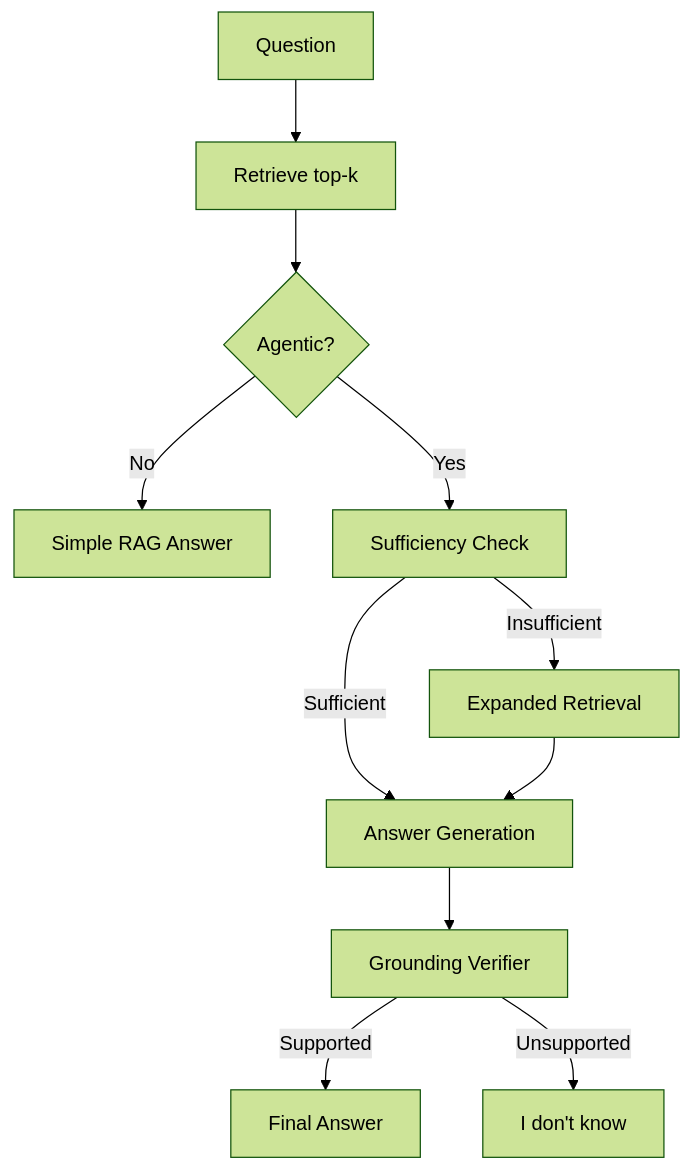
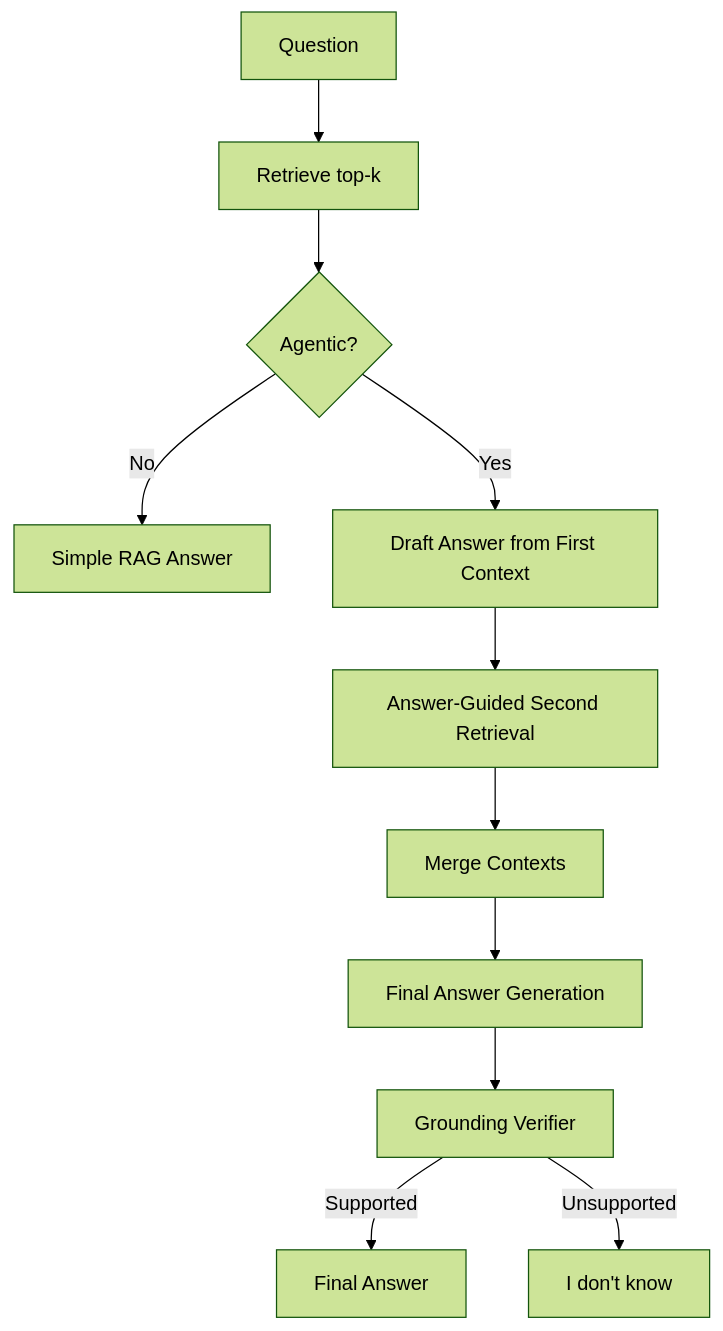
The first of 2 diagrams in FLOWCHARTS.md (dsquarre/uptiq), drawn with Mermaid (forest theme) before and after one commit. The commit also changed other lines of this file and 19 other files, not shown here.

````diff
--- a/FLOWCHARTS.md
+++ b/FLOWCHARTS.md
@@ -5,13 +5,13 @@
 ```mermaid
 flowchart TD
     A[Question] --> B[Retrieve top-k]
     B --> C{Agentic?}
     C -->|No| D[Simple RAG Answer]
-    C -->|Yes| E[Sufficiency Check]
-    E -->|Sufficient| F[Answer Generation]
-    E -->|Insufficient| G[Expanded Retrieval]
-    G --> F
-    F --> H[Grounding Verifier]
-    H -->|Supported| I[Final Answer]
-    H -->|Unsupported| J[I don't know]
+    C -->|Yes| E[Draft Answer from First Context]
+    E --> F[Answer-Guided Second Retrieval]
+    F --> G[Merge Contexts]
+    G --> H[Final Answer Generation]
+    H --> I[Grounding Verifier]
+    I -->|Supported| J[Final Answer]
+    I -->|Unsupported| K[I don't know]
 ```
````
